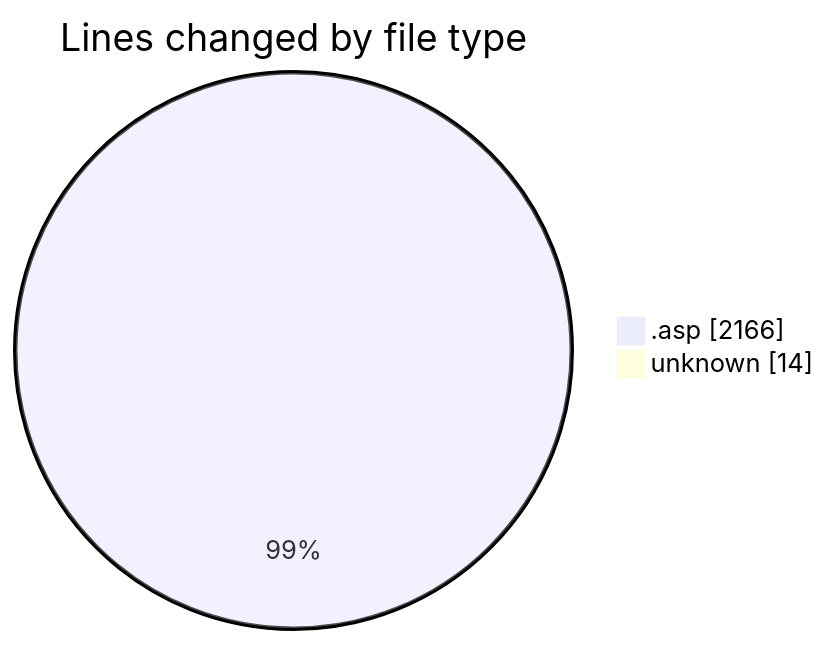
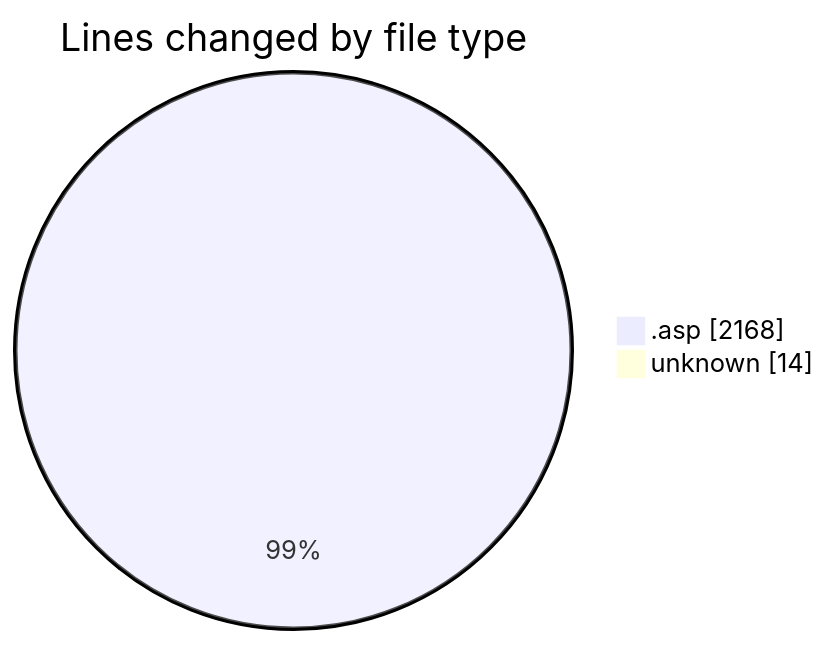
Before and after one commit to julien-gomy/code-tracking: the first of 2 diagrams in 2025-10-28/usr_aleoudev_fr__workspace_/README.md, drawn with Mermaid. The commit also changed other lines of this file and 1 other file, not shown here.

````diff
--- a/2025-10-28/usr_aleoudev_fr__workspace_/README.md
+++ b/2025-10-28/usr_aleoudev_fr__workspace_/README.md
@@ -28,6 +28,6 @@
 ```mermaid
 pie showData
 title Lines changed by file type
-".asp" : 2166
+".asp" : 2168
 "unknown" : 14
 ```
````
